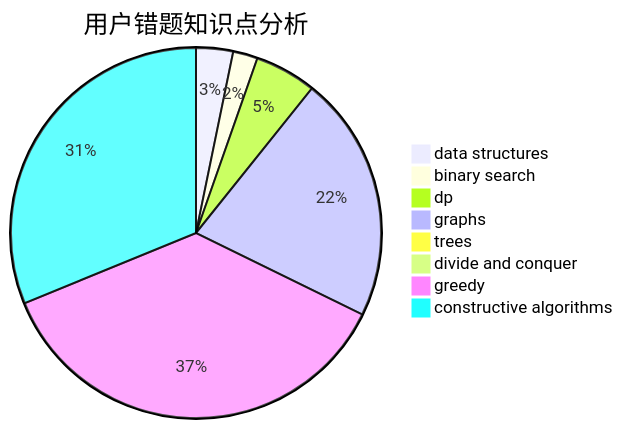
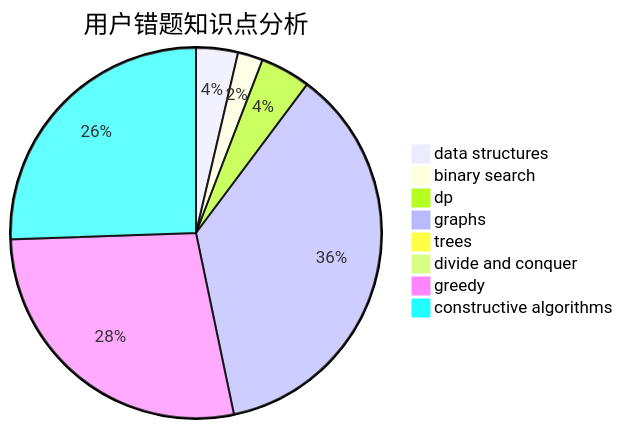
Before and after one commit to sherpahu/cfrs.github.io: the third of 3 diagrams in docs/user/u640.md, drawn with Mermaid. The commit also changed other lines of this file and 2770 other files, not shown here.

````diff
--- a/docs/user/u640.md
+++ b/docs/user/u640.md
@@ -36,11 +36,11 @@
 ```mermaid
 pie title 用户错题知识点分析
-    "data structures" :  3
-    "binary search" :  2
-    "dp" :  5
-    "graphs" :  20
+    "data structures" :  5
+    "binary search" :  3
+    "dp" :  6
+    "graphs" :  50
     "trees" :  0
     "divide and conquer" :  0
-    "greedy" :  34
-    "constructive algorithms" :  29
+    "greedy" :  38
+    "constructive algorithms" :  35
 ```
````
